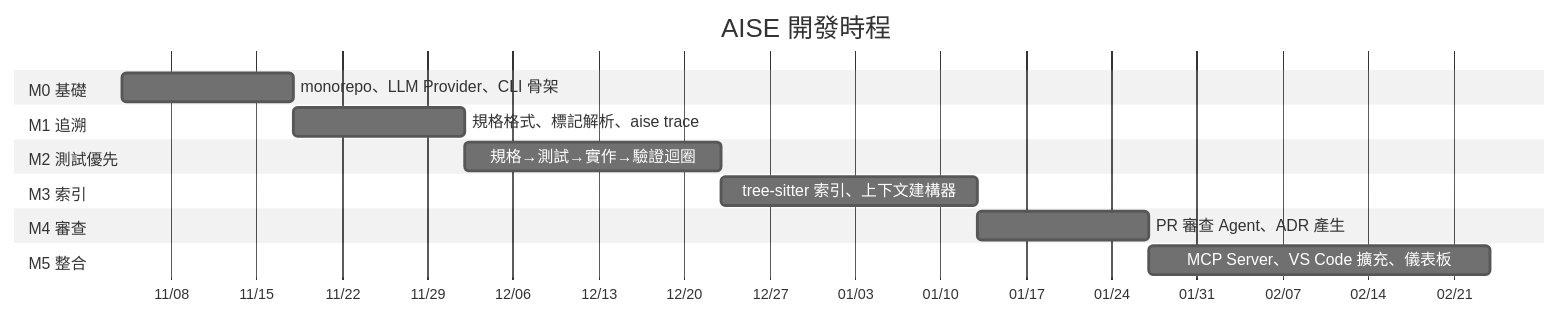
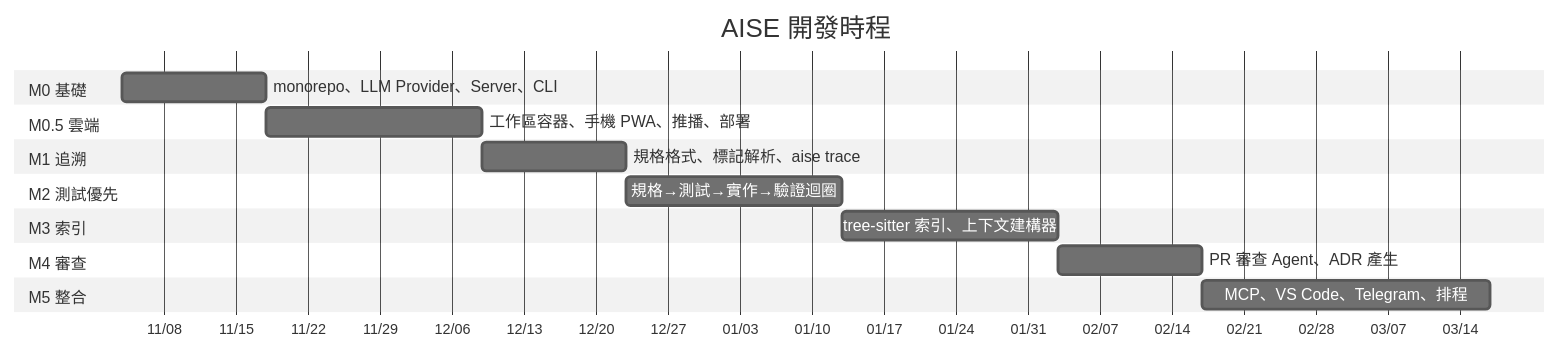
One commit to ccc-claude-opus/aise changed the third of 3 diagrams in doc/plan.md. Above: the diagram before and after it, drawn with Mermaid (neutral theme). The commit also changed other lines of this file and 2 other files, not shown here.

````diff
--- a/doc/plan.md
+++ b/doc/plan.md
@@ -156,18 +164,20 @@
 ```mermaid
 gantt
     title AISE 開發時程
     dateFormat YYYY-MM-DD
     axisFormat %m/%d
     section M0 基礎
-    monorepo、LLM Provider、CLI 骨架 :m0, 2026-11-04, 14d
+    monorepo、LLM Provider、Server、CLI :m0, 2026-11-04, 14d
+    section M0.5 雲端
+    工作區容器、手機 PWA、推播、部署   :m05, after m0, 21d
     section M1 追溯
-    規格格式、標記解析、aise trace    :m1, after m0, 14d
+    規格格式、標記解析、aise trace    :m1, after m05, 14d
     section M2 測試優先
     規格→測試→實作→驗證迴圈          :m2, after m1, 21d
     section M3 索引
     tree-sitter 索引、上下文建構器     :m3, after m2, 21d
     section M4 審查
     PR 審查 Agent、ADR 產生            :m4, after m3, 14d
     section M5 整合
-    MCP Server、VS Code 擴充、儀表板   :m5, after m4, 28d
+    MCP、VS Code、Telegram、排程       :m5, after m4, 28d
 ```
````
